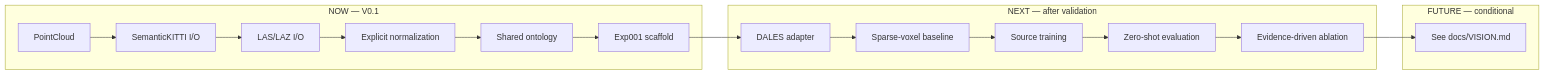
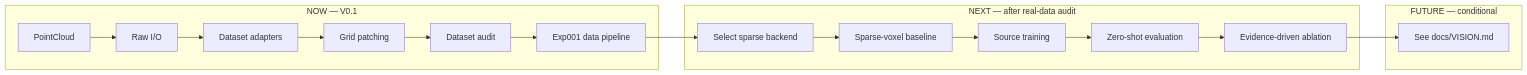
One commit to muhammadmahadazher/laserperception changed the third of 3 diagrams in README.md. Above: the diagram before and after it, drawn with Mermaid. The commit also changed other lines of this file and 8 other files, not shown here.

Commit message:
docs: document Experiment 001 data pipeline

````diff
--- a/README.md
+++ b/README.md
@@ -225,16 +260,16 @@
 ```mermaid
 flowchart LR
     subgraph NOW["NOW — V0.1"]
-      A["PointCloud"] --> B["SemanticKITTI I/O"] --> C["LAS/LAZ I/O"]
-      C --> D["Explicit normalization"] --> E["Shared ontology"] --> F["Exp001 scaffold"]
+      A["PointCloud"] --> B["Raw I/O"] --> C["Dataset adapters"]
+      C --> D["Grid patching"] --> E["Dataset audit"] --> F["Exp001 data pipeline"]
     end
-    subgraph NEXT["NEXT — after validation"]
-      G["DALES adapter"] --> H["Sparse-voxel baseline"] --> I["Source training"]
+    subgraph NEXT["NEXT — after real-data audit"]
+      G["Select sparse backend"] --> H["Sparse-voxel baseline"] --> I["Source training"]
       I --> J["Zero-shot evaluation"] --> K["Evidence-driven ablation"]
     end
     subgraph FUTURE["FUTURE — conditional"]
       L["See docs/VISION.md"]
     end
     F --> G
     K --> L
 ```
````
